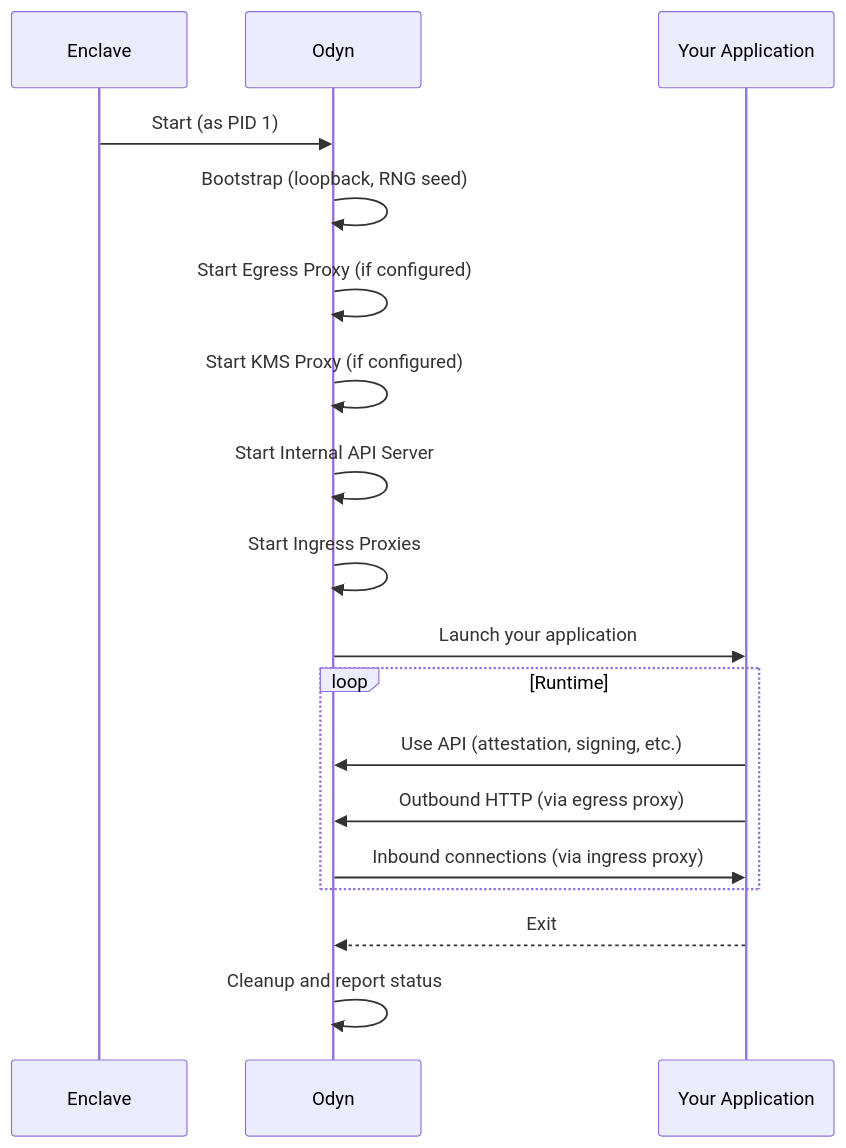
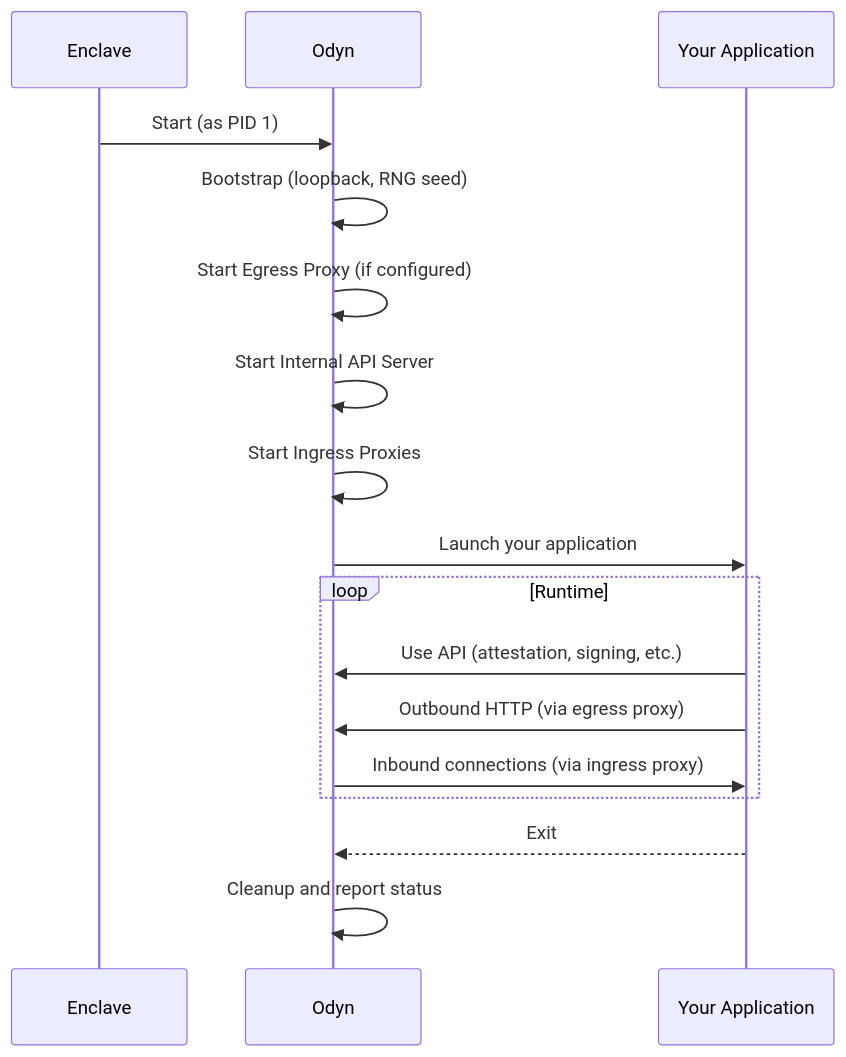
The diagram in docs/odyn.md (enclaver-io/enclaver), drawn with Mermaid before and after one commit. The commit also changed other lines of this file and 22 other files, not shown here.

Commit message:
remove kms-proxy, keep nova-kms only

````diff
--- a/docs/odyn.md
+++ b/docs/odyn.md
@@ -47,23 +47,22 @@
 ```mermaid
 sequenceDiagram
     participant Enclave
     participant Odyn
     participant App as Your Application
 
     Enclave->>Odyn: Start (as PID 1)
     Odyn->>Odyn: Bootstrap (loopback, RNG seed)
     Odyn->>Odyn: Start Egress Proxy (if configured)
-    Odyn->>Odyn: Start KMS Proxy (if configured)
     Odyn->>Odyn: Start Internal API Server
     Odyn->>Odyn: Start Ingress Proxies
     Odyn->>App: Launch your application
     
     loop Runtime
         App->>Odyn: Use API (attestation, signing, etc.)
         App->>Odyn: Outbound HTTP (via egress proxy)
         Odyn->>App: Inbound connections (via ingress proxy)
     end
     
     App-->>Odyn: Exit
     Odyn->>Odyn: Cleanup and report status
 ```
````
